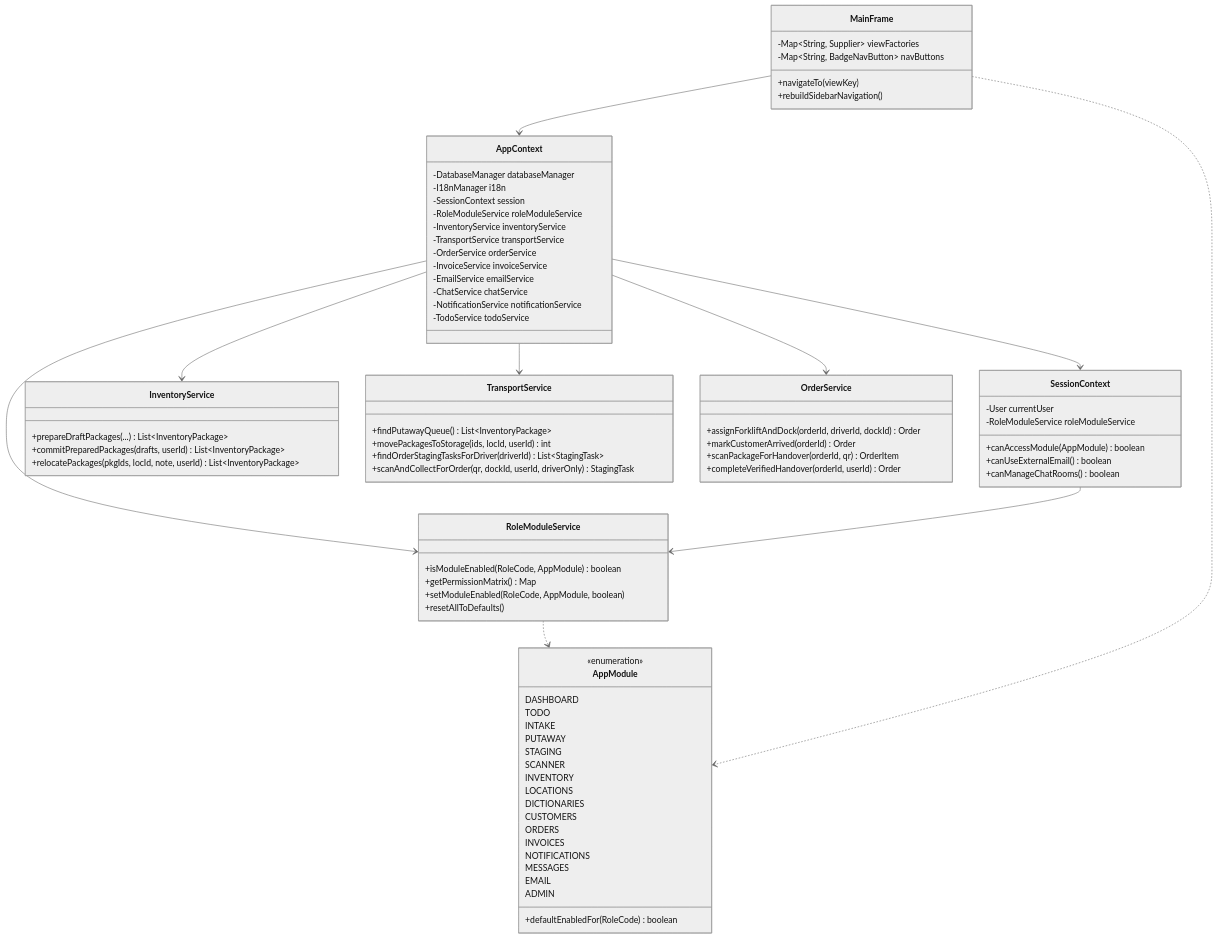
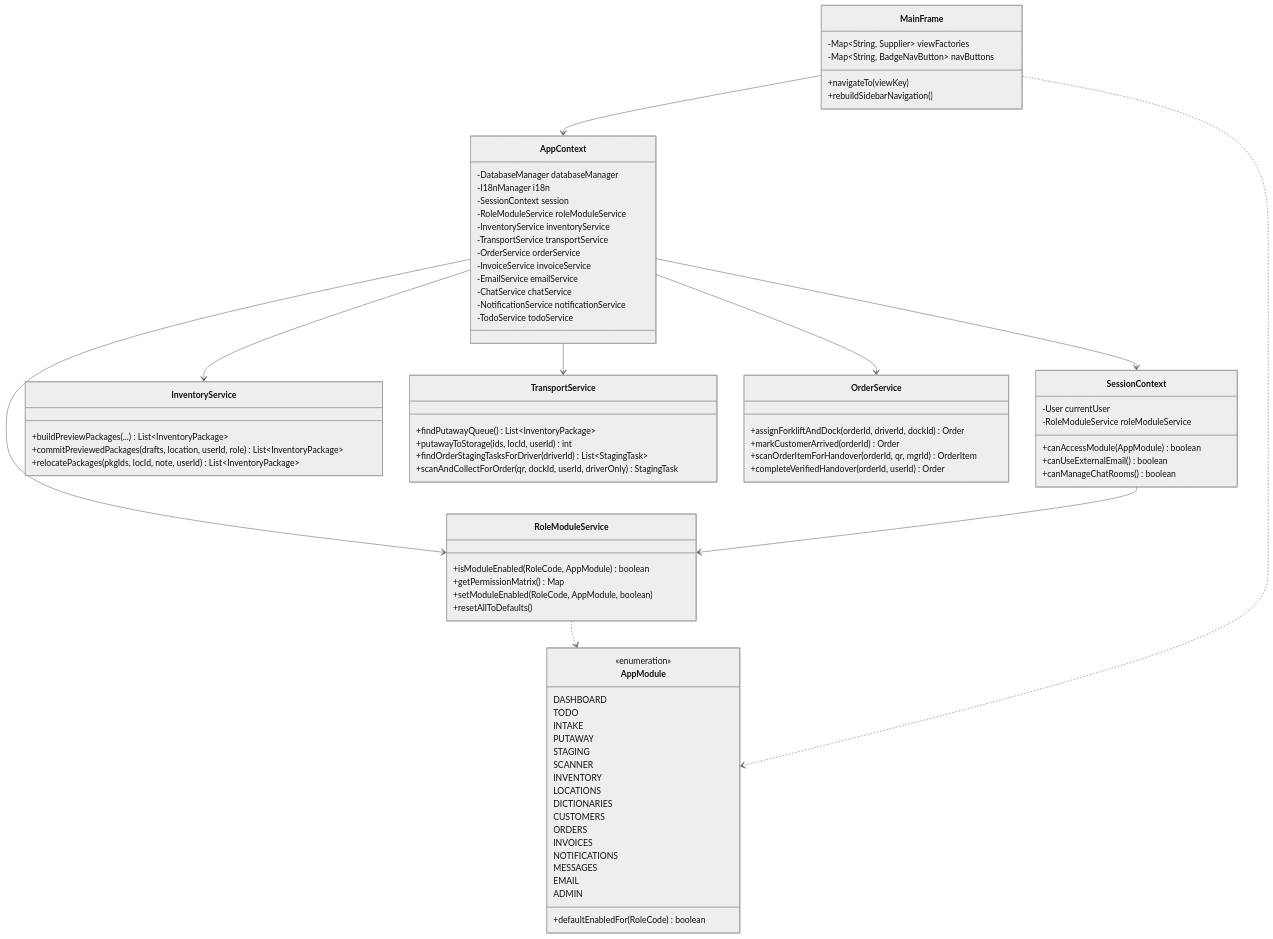
One commit to attilaczudor/due-prog-03 changed the third of 5 diagrams in docs/Programterv.md. Above: the diagram before and after it, drawn with Mermaid (neutral theme). The commit also changed other lines of this file and 196 other files, not shown here.

```diff
--- a/docs/Programterv.md
+++ b/docs/Programterv.md
@@ -142,14 +169,14 @@
     }
 
     class InventoryService {
-        +prepareDraftPackages(...) List~InventoryPackage~
-        +commitPreparedPackages(drafts, userId) List~InventoryPackage~
+        +buildPreviewPackages(...) List~InventoryPackage~
+        +commitPreviewedPackages(drafts, location, userId, role) List~InventoryPackage~
         +relocatePackages(pkgIds, locId, note, userId) List~InventoryPackage~
     }
 
     class TransportService {
         +findPutawayQueue() List~InventoryPackage~
-        +movePackagesToStorage(ids, locId, userId) int
+        +putawayToStorage(ids, locId, userId) int
         +findOrderStagingTasksForDriver(driverId) List~StagingTask~
         +scanAndCollectForOrder(qr, dockId, userId, driverOnly) StagingTask
     }
@@ -157,7 +184,7 @@
     class OrderService {
         +assignForkliftAndDock(orderId, driverId, dockId) Order
         +markCustomerArrived(orderId) Order
-        +scanPackageForHandover(orderId, qr) OrderItem
+        +scanOrderItemForHandover(orderId, qr, mgrId) OrderItem
         +completeVerifiedHandover(orderId, userId) Order
     }
 
```
